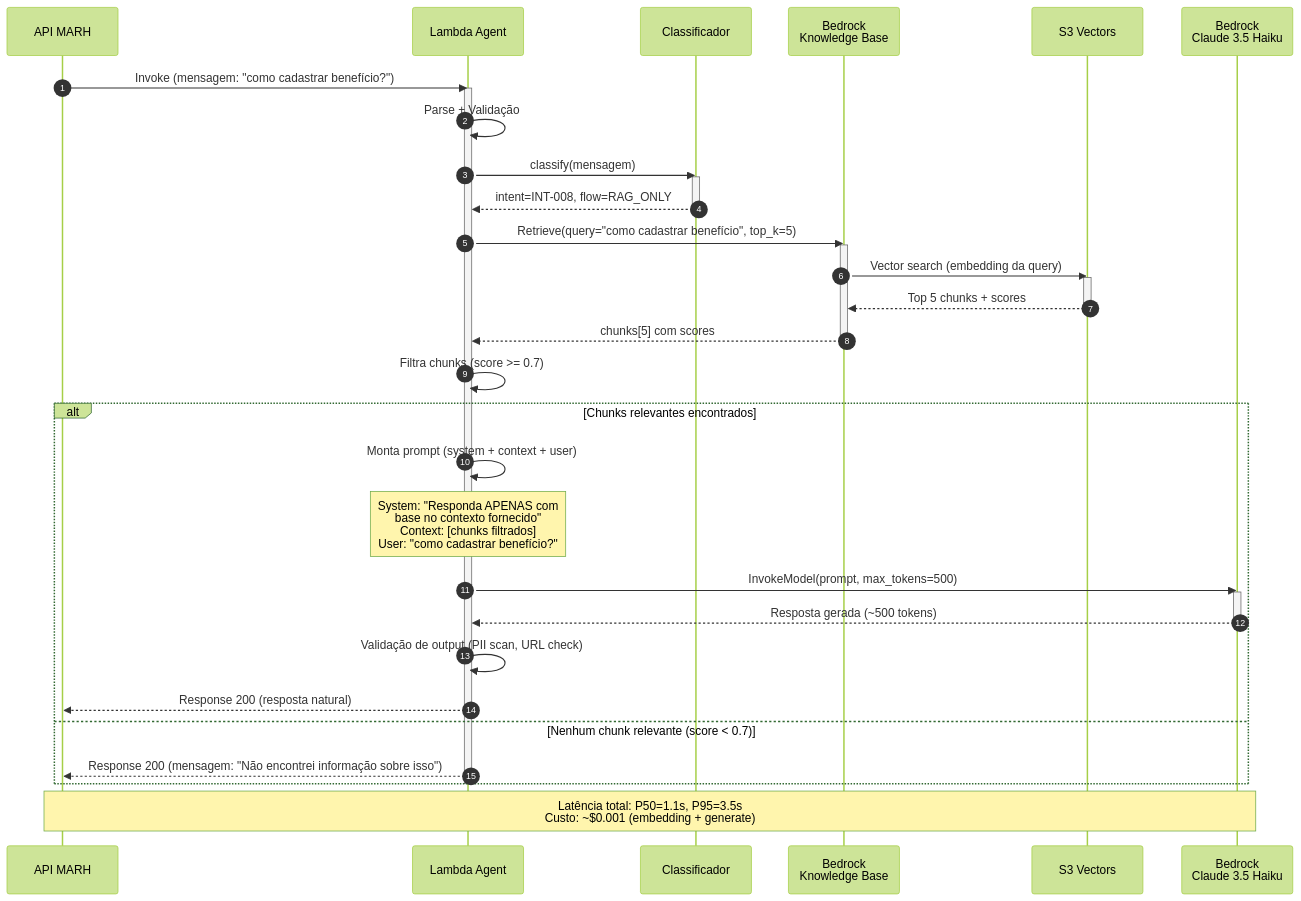
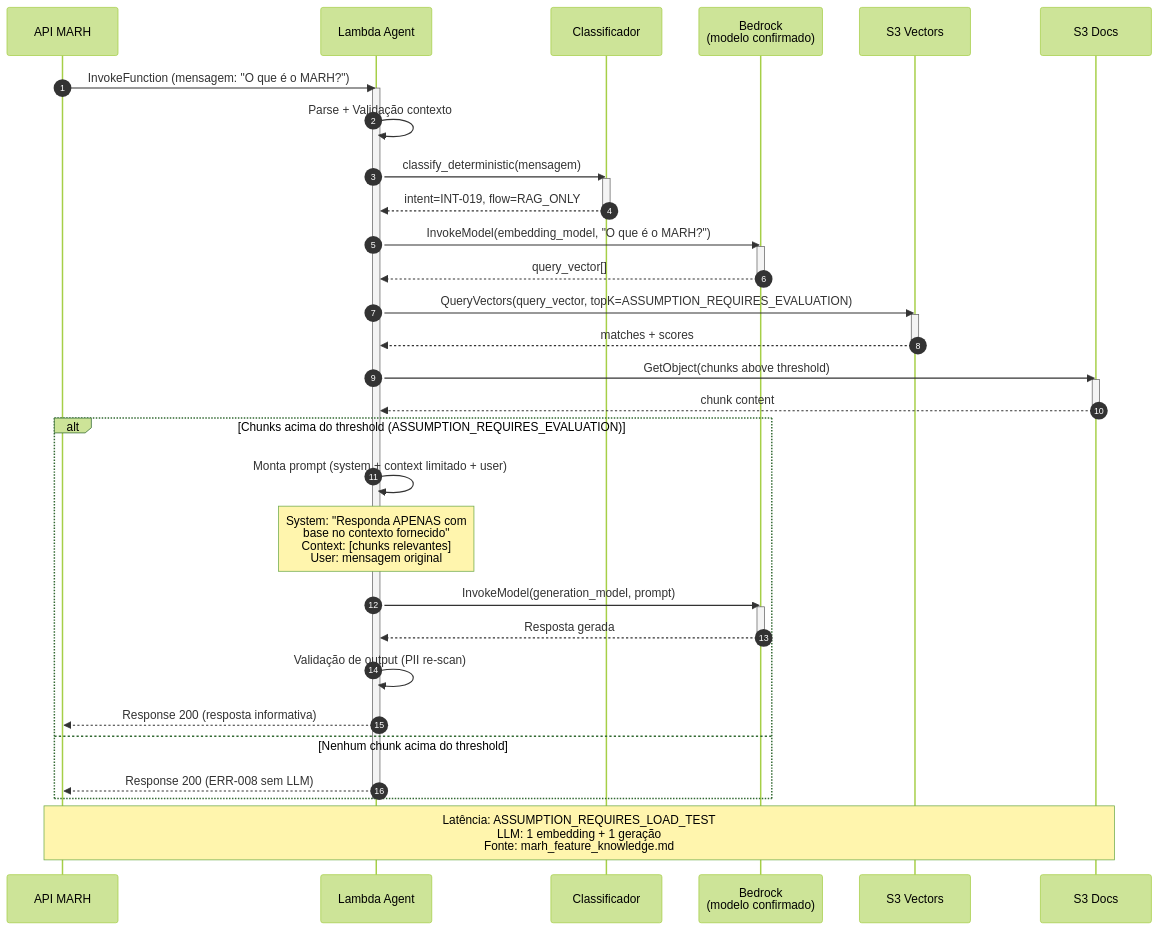
Before and after one commit to lucianarcit/discover_marh: the diagram in architecture_aws/diagrams/04_fluxo_rag.mmd, drawn with Mermaid (forest theme). The commit also changed 27 other files, not shown here.

First line of the commit message:
fix: revisão corretiva da arquitetura AWS do Agente Consultivo MARH

```diff
--- a/architecture_aws/diagrams/04_fluxo_rag.mmd
+++ b/architecture_aws/diagrams/04_fluxo_rag.mmd
@@ -1,53 +1,62 @@
 %% Sequence Diagram - RAG_ONLY Flow
-%% Data: 2026-07-23
-%% Fluxo: RAG_ONLY (1 retrieve + 1 generate)
-%% Intents: INT-008 a INT-021 (informativos)
+%% Data: 2026-07-23 (revisão corretiva)
+%% Fluxo: RAG_ONLY (1 embedding + 1 S3 Vectors query + 1 generate)
+%% Intents: INT-010, INT-013, INT-019, INT-020
+%% Fonte: marh_feature_knowledge.md
+%% Modelo: PROPOSED_PENDING_ACCOUNT_VALIDATION
 
 sequenceDiagram
     autonumber
     participant MARH as API MARH
     participant Lambda as Lambda Agent
     participant Classifier as Classificador
-    participant KB as Bedrock<br/>Knowledge Base
+    participant Bedrock as Bedrock<br/>(modelo confirmado)
     participant S3V as S3 Vectors
-    participant Bedrock as Bedrock<br/>Claude 3.5 Haiku
+    participant S3 as S3 Docs
 
-    MARH->>Lambda: Invoke (mensagem: "como cadastrar benefício?")
+    MARH->>Lambda: InvokeFunction (mensagem: "O que é o MARH?")
     activate Lambda
-    
-    Lambda->>Lambda: Parse + Validação
-    Lambda->>Classifier: classify(mensagem)
+
+    Lambda->>Lambda: Parse + Validação contexto
+    Lambda->>Classifier: classify_deterministic(mensagem)
     activate Classifier
-    Classifier-->>Lambda: intent=INT-008, flow=RAG_ONLY
+    Classifier-->>Lambda: intent=INT-019, flow=RAG_ONLY
     deactivate Classifier
-    
-    Lambda->>KB: Retrieve(query="como cadastrar benefício", top_k=5)
-    activate KB
-    KB->>S3V: Vector search (embedding da query)
+
+    %% Generate embedding for query
+    Lambda->>Bedrock: InvokeModel(embedding_model, "O que é o MARH?")
+    activate Bedrock
+    Bedrock-->>Lambda: query_vector[]
+    deactivate Bedrock
+
+    %% Query S3 Vectors directly
+    Lambda->>S3V: QueryVectors(query_vector, topK=ASSUMPTION_REQUIRES_EVALUATION)
     activate S3V
-    S3V-->>KB: Top 5 chunks + scores
+    S3V-->>Lambda: matches + scores
     deactivate S3V
-    KB-->>Lambda: chunks[5] com scores
-    deactivate KB
-    
-    Lambda->>Lambda: Filtra chunks (score >= 0.7)
-    
-    alt Chunks relevantes encontrados
-        Lambda->>Lambda: Monta prompt (system + context + user)
-        
-        Note over Lambda: System: "Responda APENAS com<br/>base no contexto fornecido"<br/>Context: [chunks filtrados]<br/>User: "como cadastrar benefício?"
-        
-        Lambda->>Bedrock: InvokeModel(prompt, max_tokens=500)
+
+    %% Get chunks from S3
+    Lambda->>S3: GetObject(chunks above threshold)
+    activate S3
+    S3-->>Lambda: chunk content
+    deactivate S3
+
+    alt Chunks acima do threshold (ASSUMPTION_REQUIRES_EVALUATION)
+        Lambda->>Lambda: Monta prompt (system + context limitado + user)
+
+        Note over Lambda: System: "Responda APENAS com<br/>base no contexto fornecido"<br/>Context: [chunks relevantes]<br/>User: mensagem original
+
+        Lambda->>Bedrock: InvokeModel(generation_model, prompt)
         activate Bedrock
-        Bedrock-->>Lambda: Resposta gerada (~500 tokens)
+        Bedrock-->>Lambda: Resposta gerada
         deactivate Bedrock
-        
-        Lambda->>Lambda: Validação de output (PII scan, URL check)
-        Lambda-->>MARH: Response 200 (resposta natural)
-    else Nenhum chunk relevante (score < 0.7)
-        Lambda-->>MARH: Response 200 (mensagem: "Não encontrei informação sobre isso")
+
+        Lambda->>Lambda: Validação de output (PII re-scan)
+        Lambda-->>MARH: Response 200 (resposta informativa)
+    else Nenhum chunk acima do threshold
+        Lambda-->>MARH: Response 200 (ERR-008 sem LLM)
     end
-    
+
     deactivate Lambda
-    
-    Note over MARH,Bedrock: Latência total: P50=1.1s, P95=3.5s<br/>Custo: ~$0.001 (embedding + generate)
+
+    Note over MARH,S3: Latência: ASSUMPTION_REQUIRES_LOAD_TEST<br/>LLM: 1 embedding + 1 geração<br/>Fonte: marh_feature_knowledge.md
```
